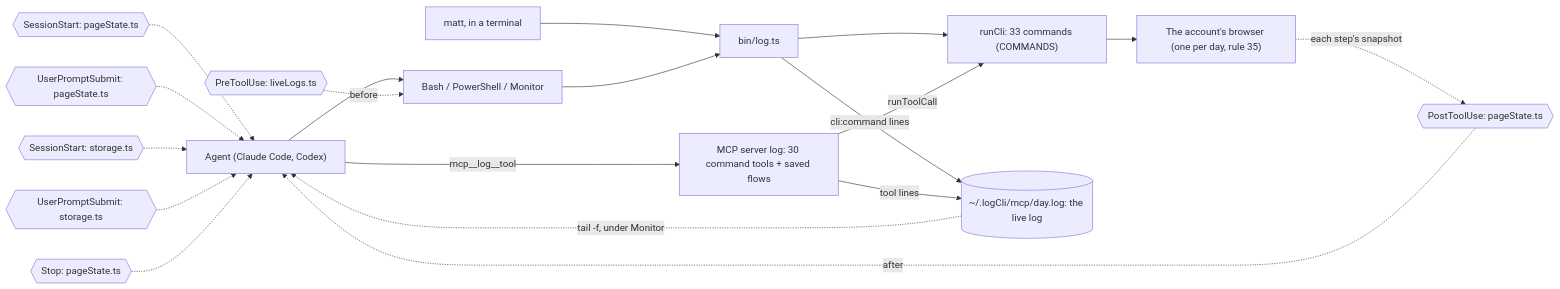
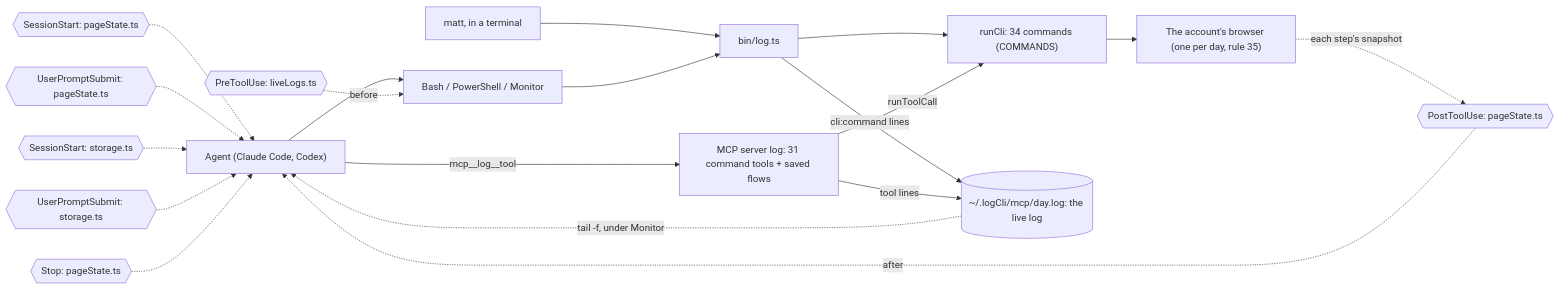
One commit to matthewdonsemail-lab/log changed the diagram in docs/diagrams/surface.mmd. Above: the diagram before and after it, drawn with Mermaid. The commit also changed 63 other files, not shown here.

```diff
--- a/docs/diagrams/surface.mmd
+++ b/docs/diagrams/surface.mmd
@@ -1,29 +1,29 @@
 %% How a call reaches log-cli. From a shell or over MCP, both run the same commands through `runCli`, write the same live log, and pass through the same hooks.
 %% Written by `bun run docs:build` from the code (rule 56). Not edited by hand.
 flowchart LR
   agent["Agent (Claude Code, Codex)"]
   matt["matt, in a terminal"]
   shell["Bash / PowerShell / Monitor"]
-  mcp["MCP server log: 30 command tools + saved flows"]
+  mcp["MCP server log: 31 command tools + saved flows"]
   bin["bin/log.ts"]
-  runCli["runCli: 33 commands (COMMANDS)"]
+  runCli["runCli: 34 commands (COMMANDS)"]
   live[("~/.logCli/mcp/day.log: the live log")]
   browser["The account's browser (one per day, rule 35)"]
   agent --> shell
   matt --> bin
   shell --> bin
   agent -->|mcp__log__tool| mcp
   bin --> runCli
   mcp -->|runToolCall| runCli
   runCli --> browser
   bin -->|cli:command lines| live
   mcp -->|tool lines| live
   live -.->|tail -f, under Monitor| agent
   pre0{{"PreToolUse: liveLogs.ts"}} -.->|before| shell
   post0{{"PostToolUse: pageState.ts"}} -.->|after| agent
   turn0{{"SessionStart: pageState.ts"}} -.-> agent
   turn1{{"UserPromptSubmit: pageState.ts"}} -.-> agent
   turn2{{"SessionStart: storage.ts"}} -.-> agent
   turn3{{"UserPromptSubmit: storage.ts"}} -.-> agent
   turn4{{"Stop: pageState.ts"}} -.-> agent
   browser -.->|each step's snapshot| post0
```
